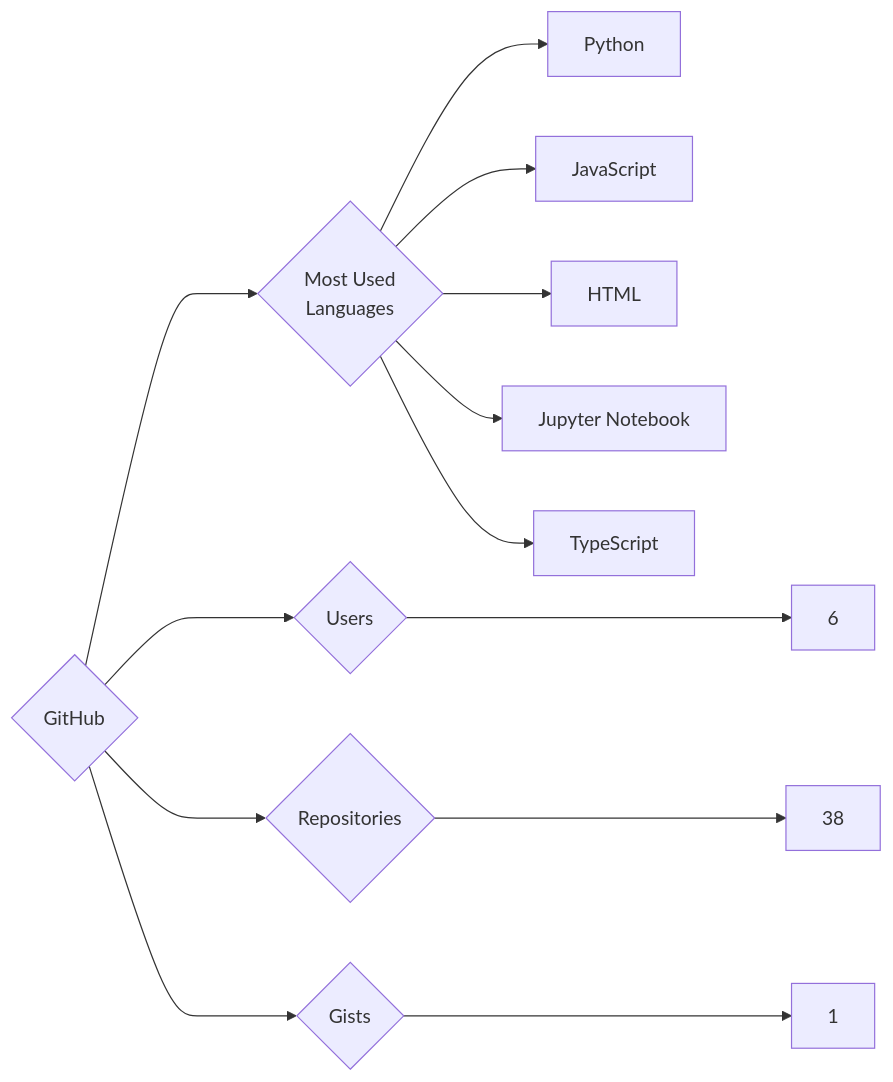
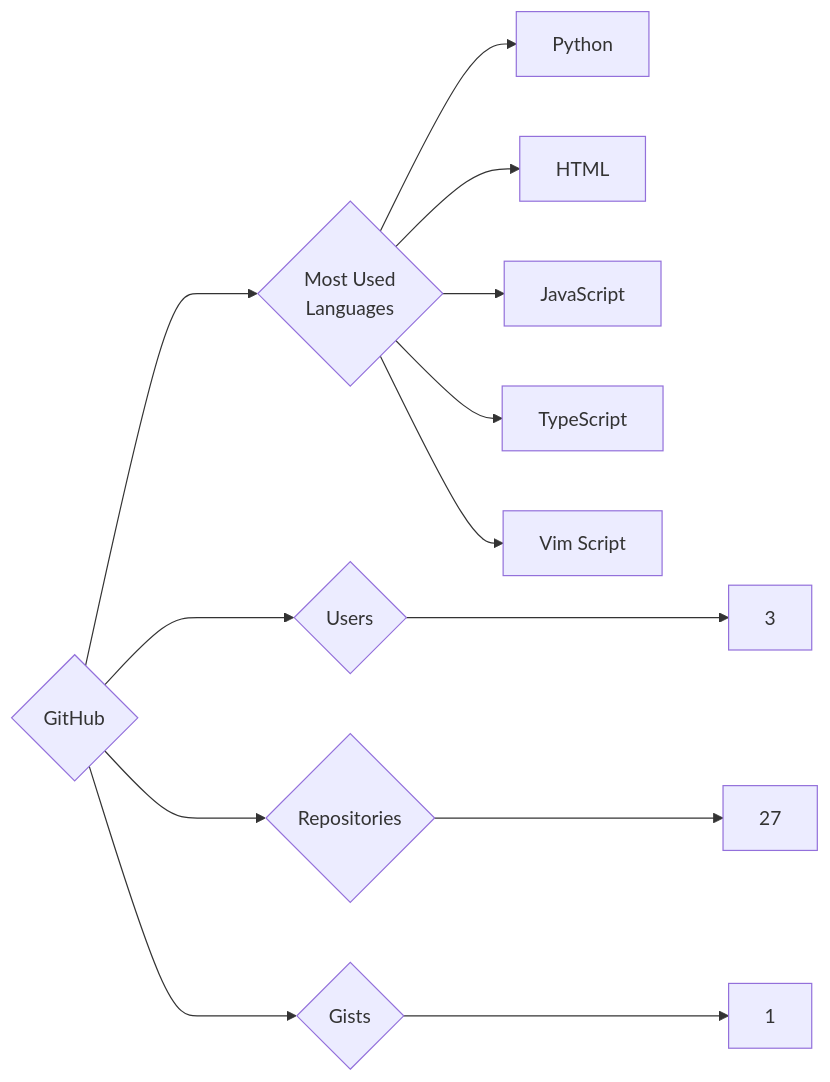
One commit to trickest/insiders changed the diagram in targets/GitHub/README.md. Above: the diagram before and after it, drawn with Mermaid. The commit also changed 985 other files, not shown here.

````diff
--- a/targets/GitHub/README.md
+++ b/targets/GitHub/README.md
@@ -3,13 +3,13 @@
 ```mermaid
 graph LR
 COMPANY_NAME{GitHub}
-COMPANY_NAME ---> U{Users} ---> UN[6]
-COMPANY_NAME ---> R{Repositories} ---> RN[38]
+COMPANY_NAME ---> U{Users} ---> UN[3]
+COMPANY_NAME ---> R{Repositories} ---> RN[27]
 COMPANY_NAME ---> G{Gists} ---> GN[1]
 COMPANY_NAME ---> ML{Most Used<br>Languages}
 ML --> Python[Python]
+ML --> HTML[HTML]
 ML --> JavaScript[JavaScript]
-ML --> HTML[HTML]
-ML --> Jupyter_Notebook[Jupyter Notebook]
 ML --> TypeScript[TypeScript]
+ML --> Vim_Script[Vim Script]
 ```
````
